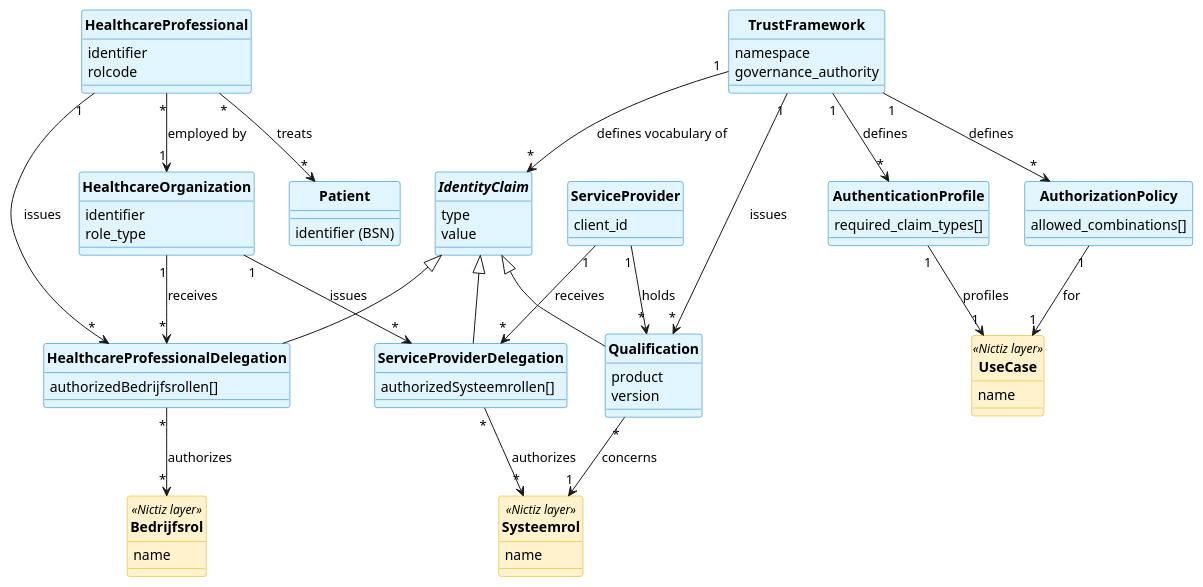
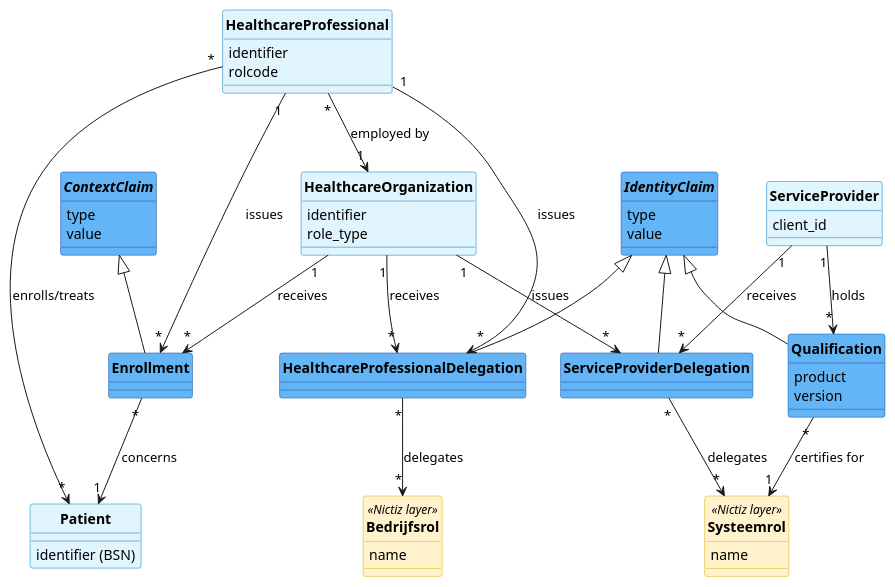
The diagram in input/images-source/authorization-model-layer2.plantuml (nuts-foundation/nl-generic-functions-ig), drawn with PlantUML before and after one commit. The commit also changed 5 other files, not shown here.

```diff
--- a/input/images-source/authorization-model-layer2.plantuml
+++ b/input/images-source/authorization-model-layer2.plantuml
@@ -5,104 +5,81 @@
 @startuml authorization-model-layer2
 
 skinparam defaultFontName Arial
 skinparam backgroundColor white
 skinparam roundcorner 5
 skinparam classFontStyle bold
 skinparam classBackgroundColor #E1F5FE
 skinparam classBorderColor #0277BD
 hide circle
 
-' Nictiz-layer entities referenced from this diagram (yellow, layer 1)
-class UseCase <<Nictiz layer>> #FFF2CC ##D6B000 {
-  name
-}
+' === Layer 1 (Nictiz) roles the credentials concern/delegate - yellow ===
 class Systeemrol <<Nictiz layer>> #FFF2CC ##D6B000 {
   name
 }
 class Bedrijfsrol <<Nictiz layer>> #FFF2CC ##D6B000 {
   name
 }
 
-' Governance
-class TrustFramework {
-  namespace
-  governance_authority
-}
-
-class AuthenticationProfile {
-  required_claim_types[]
-}
-
-class AuthorizationPolicy {
-  allowed_combinations[]
-}
-
-' Identity claims (abstract + concrete kinds)
-abstract class IdentityClaim {
-  type
-  value
-}
-
-class Qualification {
-  product
-  version
-}
-
-class HealthcareProfessionalDelegation {
-  authorizedBedrijfsrollen[]
-}
-
-class ServiceProviderDelegation {
-  authorizedSysteemrollen[]
-}
-
-' Actors
+' === Actors - pale blue ===
 class HealthcareProfessional {
   identifier
   rolcode
 }
-
 class HealthcareOrganization {
   identifier
   role_type
 }
-
 class ServiceProvider {
   client_id
 }
-
 class Patient {
   identifier (BSN)
 }
 
-' Governance relationships
-TrustFramework "1" --> "*" AuthenticationProfile : defines
-TrustFramework "1" --> "*" AuthorizationPolicy : defines
-TrustFramework "1" --> "*" IdentityClaim : defines vocabulary of
+' === Identity claims carried by credentials (about the requester) - mid-blue ===
+abstract class IdentityClaim #64B5F6 ##0D47A1 {
+  type
+  value
+}
+class Qualification #64B5F6 ##0D47A1 {
+  product
+  version
+}
+class HealthcareProfessionalDelegation #64B5F6 ##0D47A1
+class ServiceProviderDelegation #64B5F6 ##0D47A1
 
-AuthenticationProfile "1" --> "1" UseCase : profiles
-AuthorizationPolicy "1" --> "1" UseCase : for
-
-' Identity claim hierarchy: qualification and delegations are kinds of IdentityClaim
 Qualification -up-|> IdentityClaim
 HealthcareProfessionalDelegation -up-|> IdentityClaim
 ServiceProviderDelegation -up-|> IdentityClaim
 
-' Qualification: trust framework issues, service provider holds, concerns a systeemrol
-TrustFramework "1" --> "*" Qualification : issues
+' === Context claims (about the request and the patient) - mid-blue ===
+abstract class ContextClaim #64B5F6 ##0D47A1 {
+  type
+  value
+}
+class Enrollment #64B5F6 ##0D47A1
+
+Enrollment -up-|> ContextClaim
+
+' === Qualification: held by the service provider, certifies it for a systeemrol ===
 ServiceProvider "1" --> "*" Qualification : holds
-Qualification "*" --> "1" Systeemrol : concerns
+Qualification "*" --> "1" Systeemrol : certifies for
 
-' Delegation chain: HCP -> HCO (bedrijfsrol), HCO -> SP (systeemrol)
+' === Delegation chain: HCP -> HCO (bedrijfsrol), HCO -> SP (systeemrol) ===
 HealthcareProfessional "1" --> "*" HealthcareProfessionalDelegation : issues
 HealthcareOrganization "1" --> "*" HealthcareProfessionalDelegation : receives
-HealthcareProfessionalDelegation "*" --> "*" Bedrijfsrol : authorizes
+HealthcareProfessionalDelegation "*" --> "*" Bedrijfsrol : delegates
 
 HealthcareOrganization "1" --> "*" ServiceProviderDelegation : issues
 ServiceProvider "1" --> "*" ServiceProviderDelegation : receives
-ServiceProviderDelegation "*" --> "*" Systeemrol : authorizes
+ServiceProviderDelegation "*" --> "*" Systeemrol : delegates
 
 HealthcareProfessional "*" --> "1" HealthcareOrganization : employed by
-HealthcareProfessional "*" --> "*" Patient : treats
+HealthcareProfessional "*" --> "*" Patient : enrolls/treats
+
+' === Enrollment: the professional enrolls the patient at the organisation ===
+HealthcareProfessional "1" --> "*" Enrollment : issues
+HealthcareOrganization "1" --> "*" Enrollment : receives
+Enrollment "*" --> "1" Patient : concerns
 
 @enduml
```
